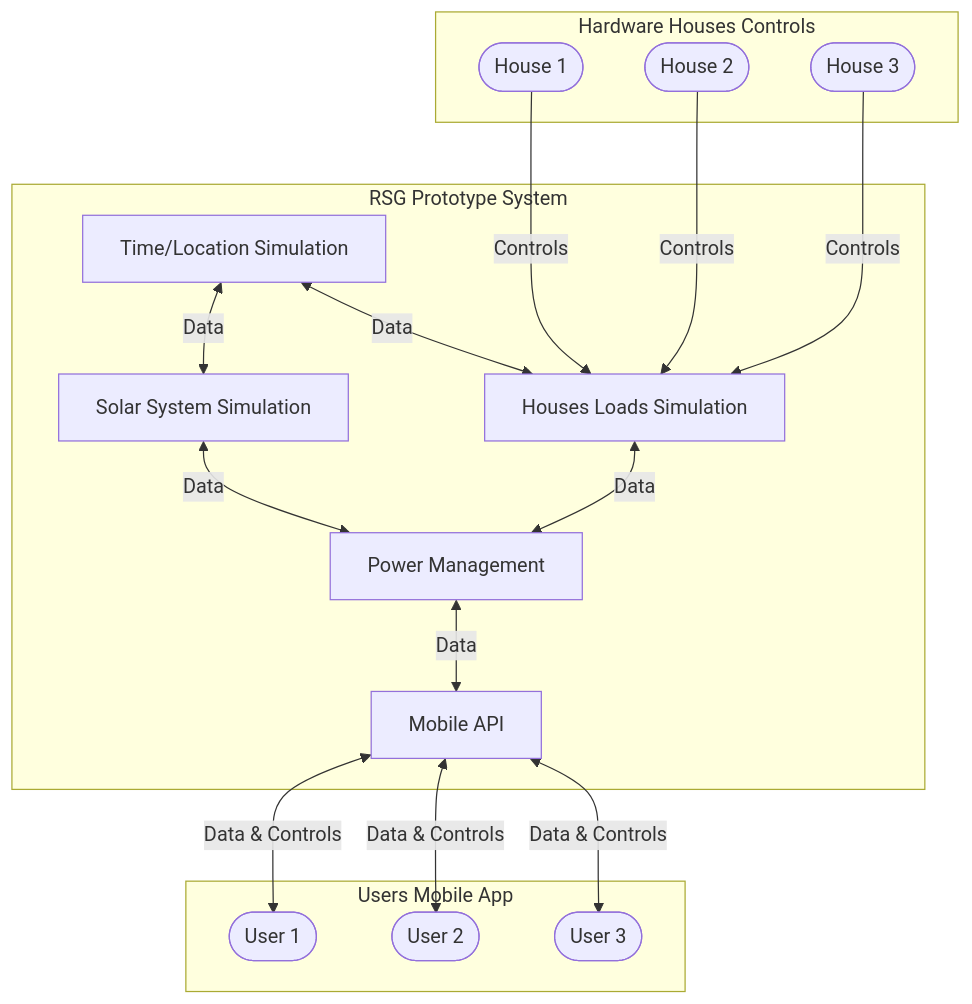
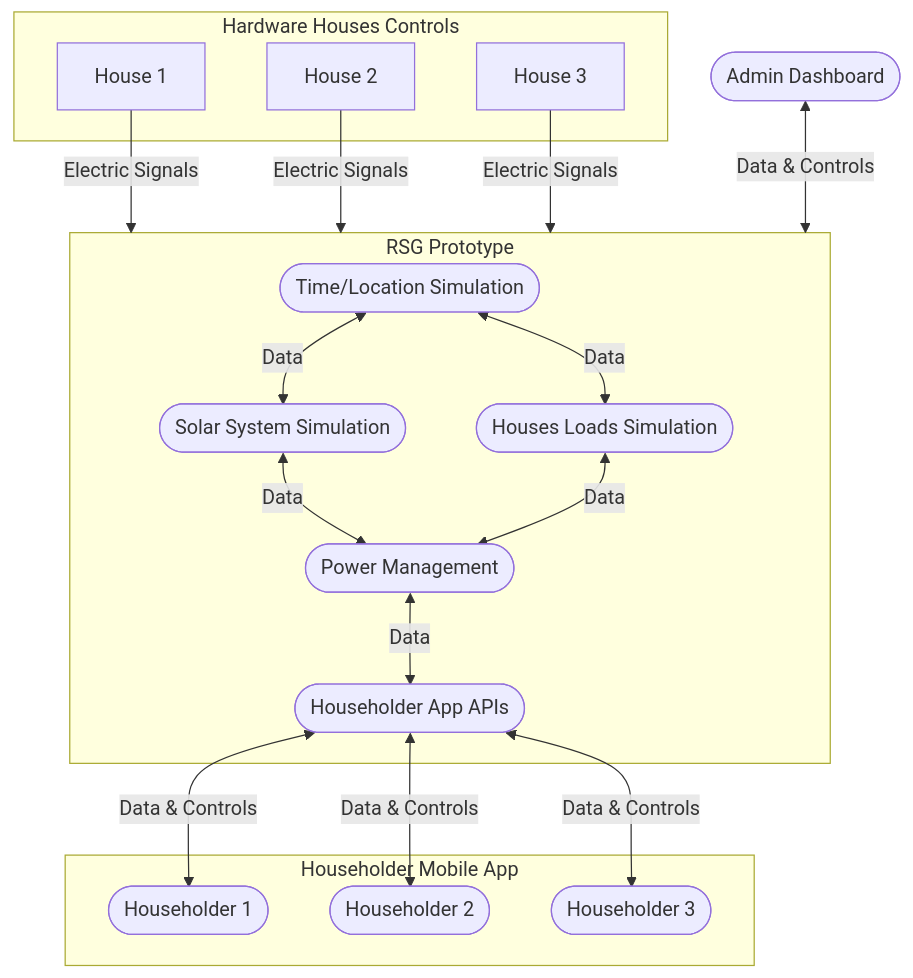
One commit to ezAldinWaez/residential-smart-grid-prototype changed the diagram in graphs/rsg_prototype_system_graph.mermaid. Above: the diagram before and after it, drawn with Mermaid. The commit also changed other lines of this file and 3 other files, not shown here.

Commit message:
edit system graphs

```diff
--- a/graphs/rsg_prototype_system_graph.mermaid
+++ b/graphs/rsg_prototype_system_graph.mermaid
@@ -1,26 +1,28 @@
 graph TB
 
   subgraph HHC[Hardware Houses Controls]
-    HHC_H1([House 1])
-    HHC_H2([House 2])
-    HHC_H3([House 3])
+    HHC_H1[House 1]
+    HHC_H2[House 2]
+    HHC_H3[House 3]
   end
 
-  subgraph RSGPS[RSG Prototype System]
-    RSGPS_TLS[Time/Location Simulation]
-    RSGPS_SSS[Solar System Simulation]
-    RSGPS_HLS[Houses Loads Simulation]
-    RSGPS_PM[Power Management]
-    RSGPS_MA[Mobile API]
+  subgraph RSGP[RSG Prototype]
+    RSGP_TLS([Time/Location Simulation])
+    RSGP_SSS([Solar System Simulation])
+    RSGP_HLS([Houses Loads Simulation])
+    RSGP_PM([Power Management])
+    RSGP_HAA([Householder App APIs])
   end
 
-  subgraph UMA[Users Mobile App]
-    UMA_U1([User 1])
-    UMA_U2([User 2])
-    UMA_U3([User 3])
+  subgraph HMA[Householder Mobile App]
+    HMA_H1([Householder 1])
+    HMA_H2([Householder 2])
+    HMA_H3([Householder 3])
   end
 
-  RSGPS_TLS <--Data--> RSGPS_SSS & RSGPS_HLS
-  RSGPS_SSS & RSGPS_HLS <--Data--> RSGPS_PM <--Data--> RSGPS_MA
-  HHC_H1 & HHC_H2 & HHC_H3 --Controls---> RSGPS_HLS
-  RSGPS_MA <--Data & Controls--> UMA_U1 & UMA_U2 & UMA_U3
+  AD([Admin Dashboard])
+
+  HHC_H1 & HHC_H2 & HHC_H3 --Electric Signals--> RSGP
+  AD <--Data & Controls--> RSGP
+  RSGP_TLS <--Data--> RSGP_SSS & RSGP_HLS <--Data--> RSGP_PM <--Data--> RSGP_HAA
+  RSGP_HAA <--Data & Controls--> HMA_H1 & HMA_H2 & HMA_H3
```
